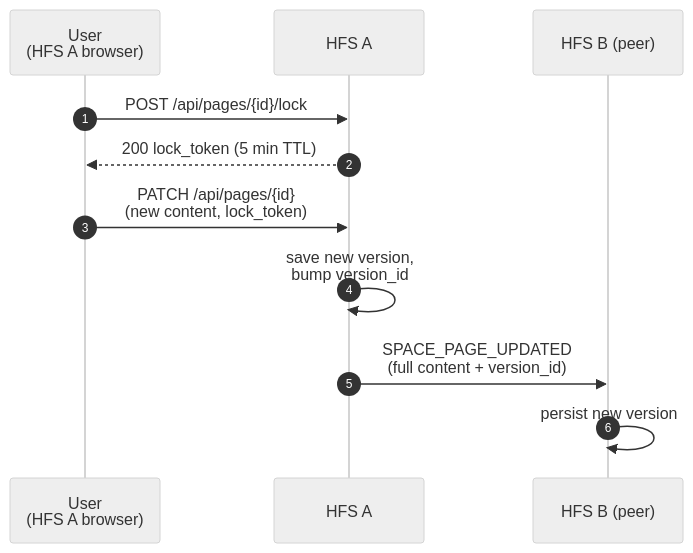
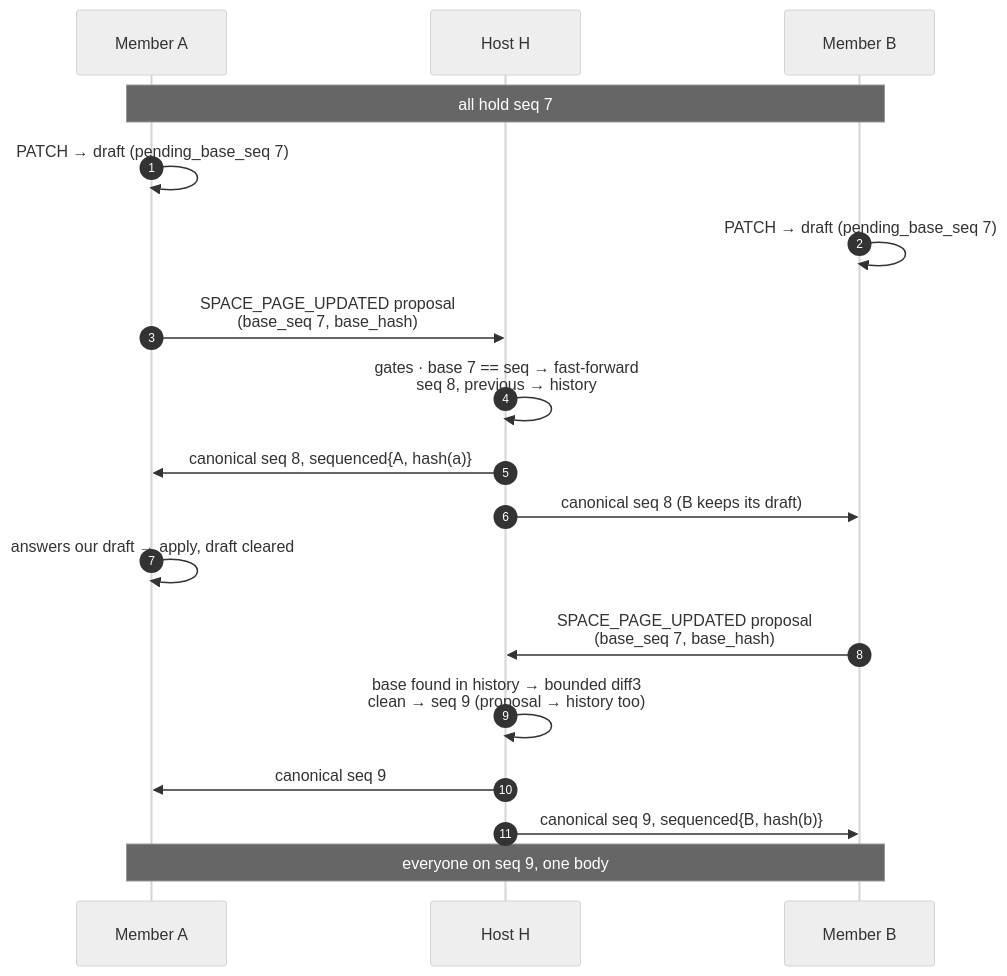
One commit to social-home-io/socialhome changed the first of 2 diagrams in docs/protocol/pages.md. Above: the diagram before and after it, drawn with Mermaid (neutral theme). The commit also changed other lines of this file and 64 other files, not shown here.

First line of the commit message:
Space pages are host-sequenced: concurrent edits converge, conflicts never block

````diff
--- a/docs/protocol/pages.md
+++ b/docs/protocol/pages.md
@@ -24,13 +278,20 @@
 ```mermaid
 sequenceDiagram
     autonumber
-    participant U as User<br/>(HFS A browser)
-    participant A as HFS A
-    participant B as HFS B (peer)
-    U->>A: POST /api/pages/{id}/lock
-    A-->>U: 200 lock_token (5 min TTL)
-    U->>A: PATCH /api/pages/{id}<br/>(new content, lock_token)
-    A->>A: save new version,<br/>bump version_id
-    A->>B: SPACE_PAGE_UPDATED<br/>(full content + version_id)
-    B->>B: persist new version
+    participant A as Member A
+    participant H as Host H
+    participant B as Member B
+    Note over A,B: all hold seq 7
+    A->>A: PATCH → draft (pending_base_seq 7)
+    B->>B: PATCH → draft (pending_base_seq 7)
+    A->>H: SPACE_PAGE_UPDATED proposal<br/>(base_seq 7, base_hash)
+    H->>H: gates · base 7 == seq → fast-forward<br/>seq 8, previous → history
+    H->>A: canonical seq 8, sequenced{A, hash(a)}
+    H->>B: canonical seq 8 (B keeps its draft)
+    A->>A: answers our draft → apply, draft cleared
+    B->>H: SPACE_PAGE_UPDATED proposal<br/>(base_seq 7, base_hash)
+    H->>H: base found in history → bounded diff3<br/>clean → seq 9 (proposal → history too)
+    H->>A: canonical seq 9
+    H->>B: canonical seq 9, sequenced{B, hash(b)}
+    Note over A,B: everyone on seq 9, one body
 ```
````
